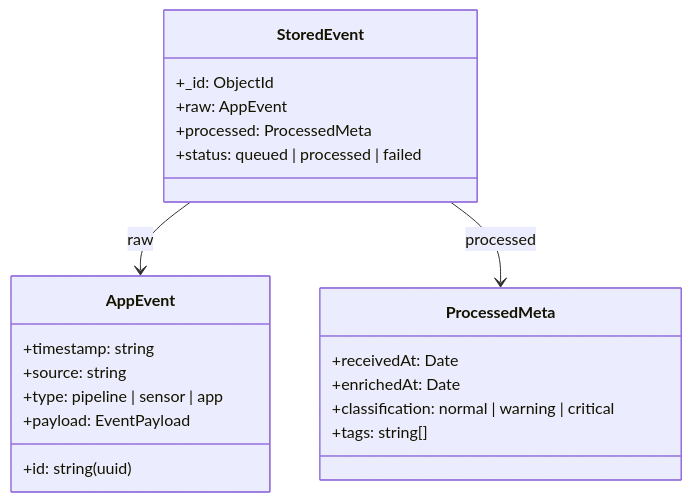
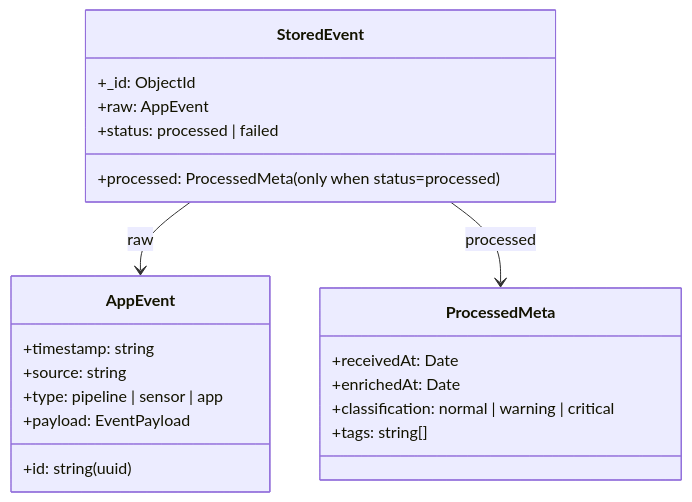
The fourth of 4 diagrams in docs/diagrams/OVERVIEW.md (obrienma/EventHorizon), drawn with Mermaid before and after one commit. The commit also changed 9 other files, not shown here.

First line of the commit message:
feat(phase-1): add config, event schema, and global type reference

````diff
--- a/docs/diagrams/OVERVIEW.md
+++ b/docs/diagrams/OVERVIEW.md
@@ -101,24 +101,24 @@
 ```mermaid
 classDiagram
     class StoredEvent {
         +_id: ObjectId
         +raw: AppEvent
-        +processed: ProcessedMeta
-        +status: queued | processed | failed
+        +status: processed | failed
+        +processed: ProcessedMeta (only when status=processed)
     }
     class AppEvent {
         +id: string (uuid)
         +timestamp: string
         +source: string
         +type: pipeline | sensor | app
         +payload: EventPayload
     }
     class ProcessedMeta {
         +receivedAt: Date
         +enrichedAt: Date
         +classification: normal | warning | critical
         +tags: string[]
     }
     StoredEvent --> AppEvent : raw
     StoredEvent --> ProcessedMeta : processed
 ```
````
